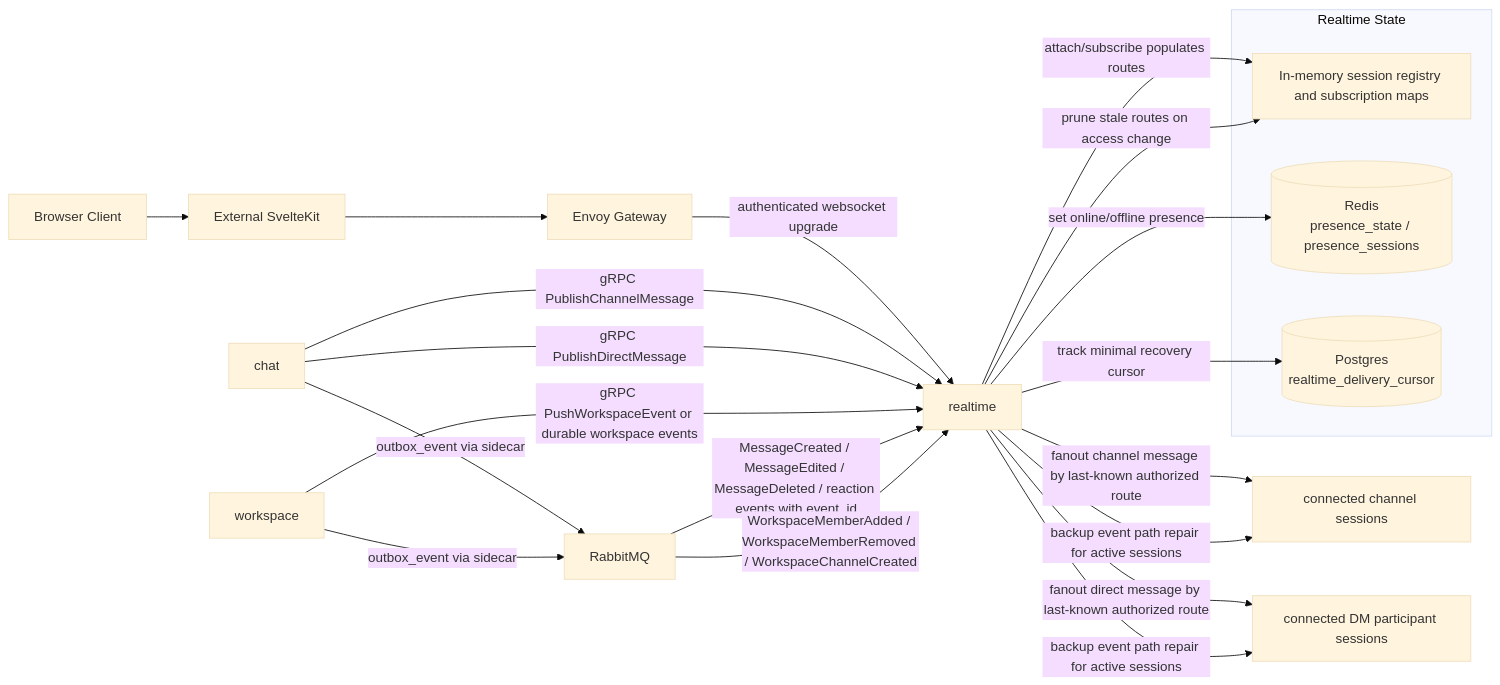
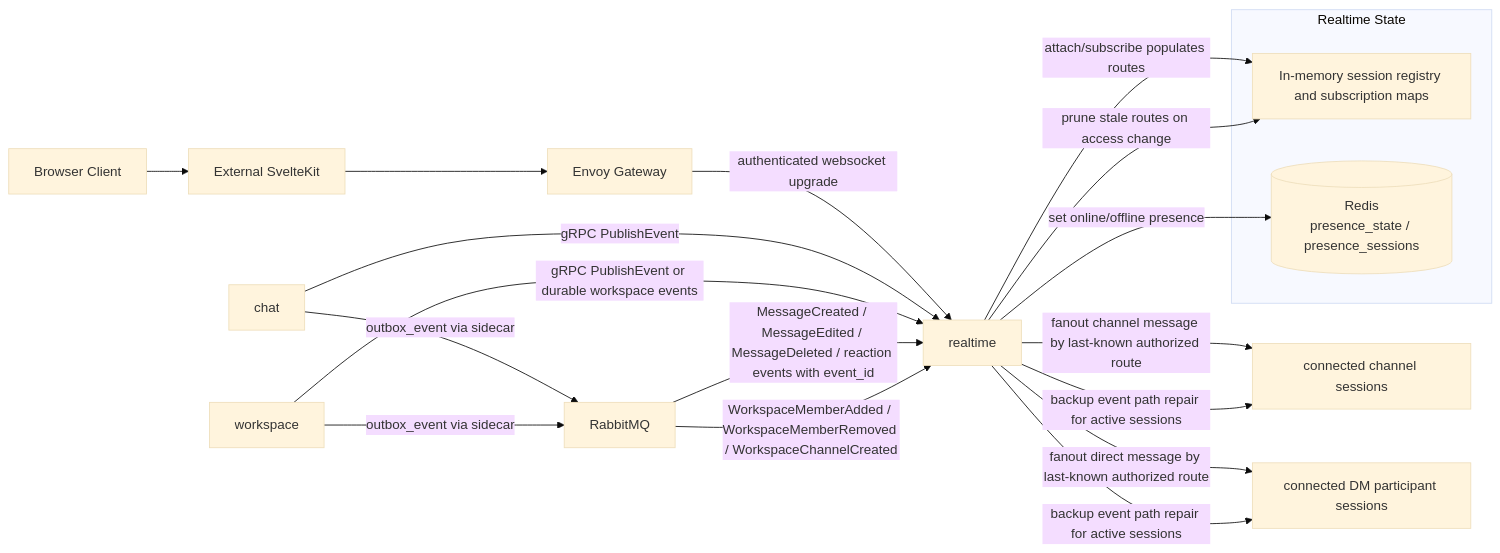
Before and after one commit to nthnf/Relay: the diagram in docs/service/realtime/diagram.md, drawn with Mermaid (base theme). The commit also changed other lines of this file and 43 other files, not shown here.

````diff
--- a/docs/service/realtime/diagram.md
+++ b/docs/service/realtime/diagram.md
@@ -3,34 +3,31 @@
 ```mermaid
 flowchart LR
     Browser[Browser Client] --> App[External SvelteKit]
     App --> Gateway[Envoy Gateway]
     Gateway -->|authenticated websocket upgrade| Realtime[realtime]
     Realtime -->|attach/subscribe populates routes| Routes[In-memory session registry and subscription maps]
 
-    Chat[chat] -->|gRPC PublishChannelMessage| Realtime
-    Chat -->|gRPC PublishDirectMessage| Realtime
+    Chat[chat] -->|gRPC PublishEvent| Realtime
 
     Realtime -->|fanout channel message by last-known authorized route| WS1[connected channel sessions]
     Realtime -->|fanout direct message by last-known authorized route| WS2[connected DM participant sessions]
 
-    Workspace[workspace] -->|gRPC PushWorkspaceEvent or durable workspace events| Realtime
+    Workspace[workspace] -->|gRPC PublishEvent or durable workspace events| Realtime
 
     subgraph Realtime State
         Routes
         Redis[(Redis\npresence_state / presence_sessions)]
-        Cursor[(Postgres\nrealtime_delivery_cursor)]
     end
 
     Realtime -->|set online/offline presence| Redis
-    Realtime -->|track minimal recovery cursor| Cursor
 
     Chat -->|outbox_event via sidecar| RabbitMQ[RabbitMQ]
     Workspace -->|outbox_event via sidecar| RabbitMQ
 
     RabbitMQ -->|MessageCreated / MessageEdited / MessageDeleted / reaction events with event_id| Realtime
     RabbitMQ -->|WorkspaceMemberAdded / WorkspaceMemberRemoved / WorkspaceChannelCreated| Realtime
 
     Realtime -->|prune stale routes on access change| Routes
     Realtime -->|backup event path repair for active sessions| WS1
     Realtime -->|backup event path repair for active sessions| WS2
 ```
````
